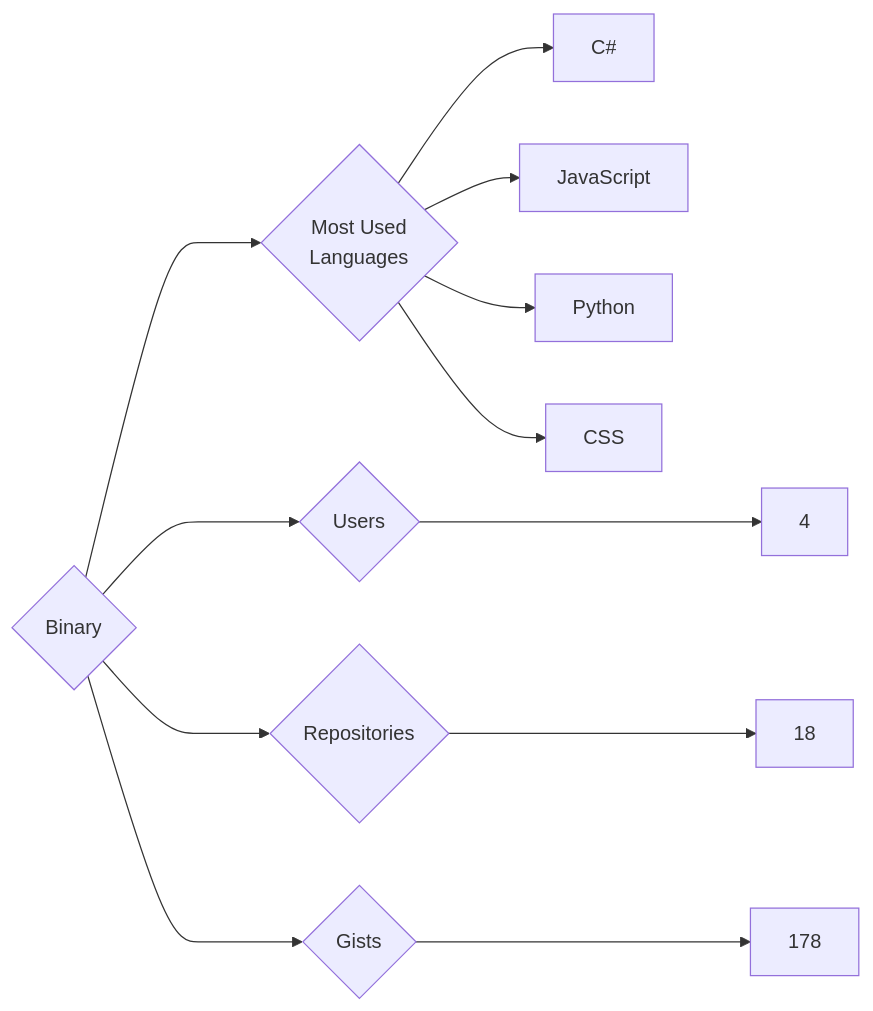
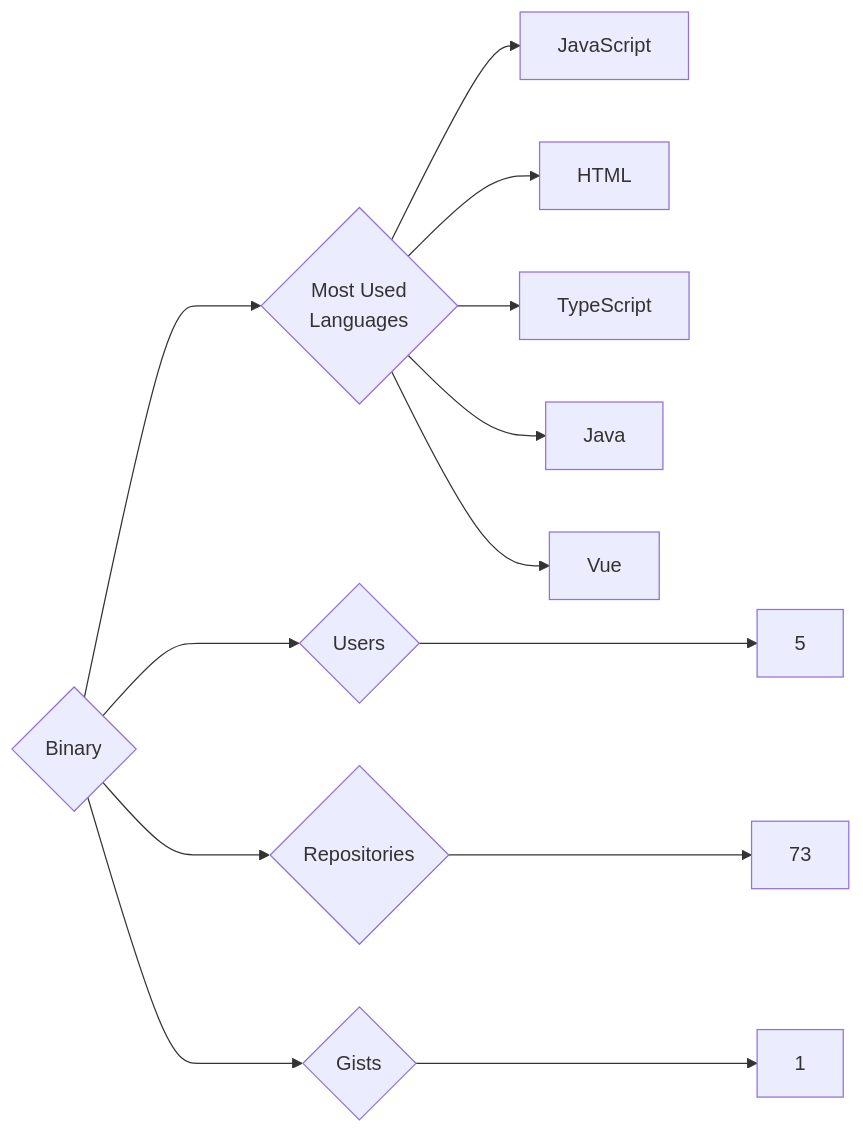
The diagram in targets/Binary/README.md (trickest/insiders), drawn with Mermaid before and after one commit. The commit also changed 840 other files, not shown here.

````diff
--- a/targets/Binary/README.md
+++ b/targets/Binary/README.md
@@ -3,12 +3,13 @@
 ```mermaid
 graph LR
 COMPANY_NAME{Binary}
-COMPANY_NAME ---> U{Users} ---> UN[4]
-COMPANY_NAME ---> R{Repositories} ---> RN[18]
-COMPANY_NAME ---> G{Gists} ---> GN[178]
+COMPANY_NAME ---> U{Users} ---> UN[5]
+COMPANY_NAME ---> R{Repositories} ---> RN[73]
+COMPANY_NAME ---> G{Gists} ---> GN[1]
 COMPANY_NAME ---> ML{Most Used<br>Languages}
-ML --> C#[C#]
 ML --> JavaScript[JavaScript]
-ML --> Python[Python]
-ML --> CSS[CSS]
+ML --> HTML[HTML]
+ML --> TypeScript[TypeScript]
+ML --> Java[Java]
+ML --> Vue[Vue]
 ```
````
